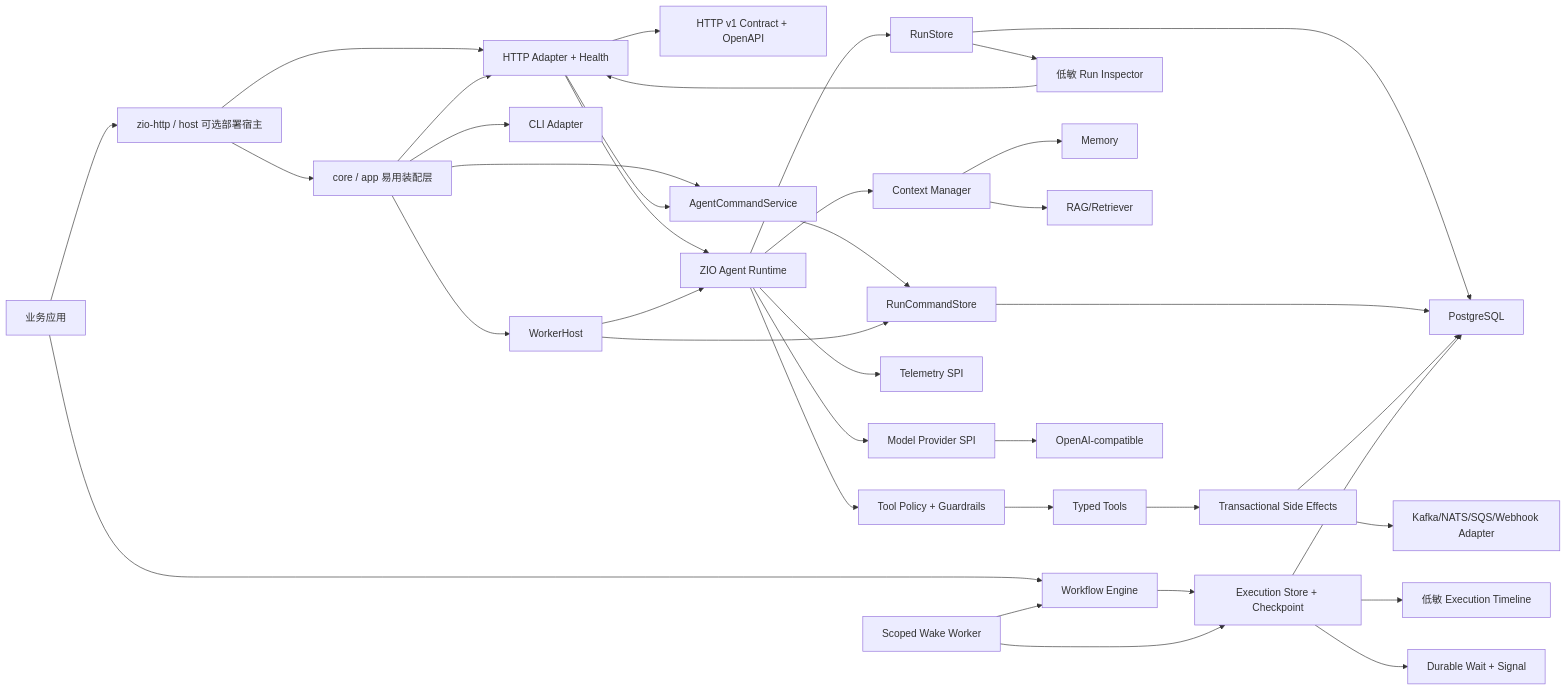
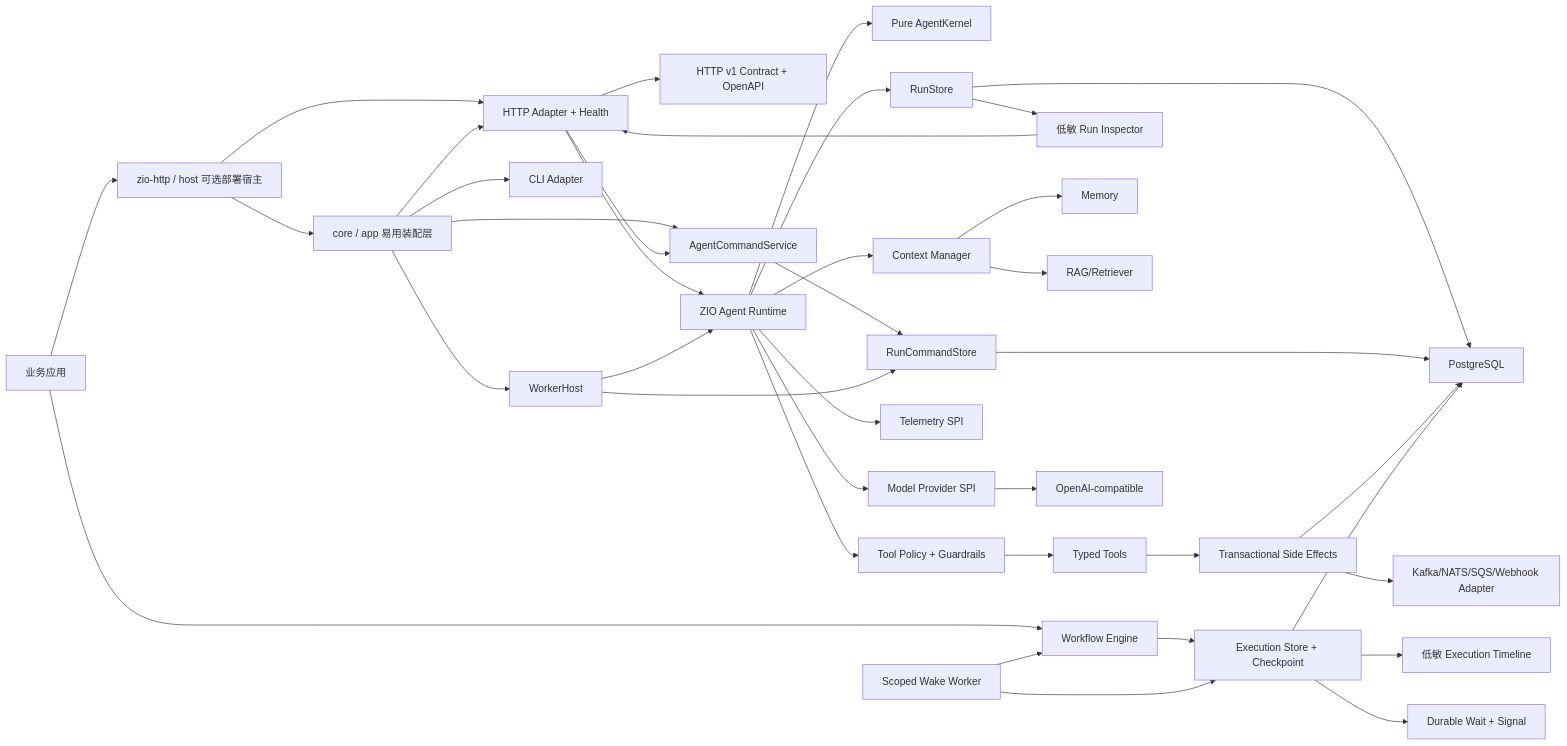
One commit to zyblw/zyblw-agent changed the second of 3 diagrams in docs/architecture.md. Above: the diagram before and after it, drawn with Mermaid. The commit also changed other lines of this file and 207 other files, not shown here.

First line of the commit message:
feat: split the runtime into a pure kernel and land context authority

````diff
--- a/docs/architecture.md
+++ b/docs/architecture.md
@@ -85,39 +86,40 @@
 ```mermaid
 flowchart LR
   Business[业务应用] --> Host[zio-http / host 可选部署宿主]
   Business --> Workflow[Workflow Engine]
   Host --> App[core / app 易用装配层]
   Host --> HTTP[HTTP Adapter + Health]
   HTTP --> Contract[HTTP v1 Contract + OpenAPI]
   App --> CLI[CLI Adapter]
   App --> HTTP
   App --> Control[AgentCommandService]
   App --> Scheduler[WorkerHost]
   HTTP --> Control
   HTTP --> Runtime[ZIO Agent Runtime]
+  Runtime --> Kernel[Pure AgentKernel]
   Runtime --> Context[Context Manager]
   Runtime --> Provider[Model Provider SPI]
   Runtime --> Policy[Tool Policy + Guardrails]
   Runtime --> Store[RunStore]
   Store --> Inspector[低敏 Run Inspector]
   Inspector --> HTTP
   Runtime --> Telemetry[Telemetry SPI]
   Context --> Memory[Memory]
   Context --> RAG[RAG/Retriever]
   Policy --> Tools[Typed Tools]
   Tools --> Effects[Transactional Side Effects]
   Provider --> OpenAI[OpenAI-compatible]
   Store --> PostgreSQL[PostgreSQL]
   Control --> Queue[RunCommandStore]
   Scheduler --> Runtime
   Scheduler --> Queue
   Queue --> PostgreSQL
   Effects --> PostgreSQL
   Effects --> Transport[Kafka/NATS/SQS/Webhook Adapter]
   Workflow --> WorkflowStore[Execution Store + Checkpoint]
   WorkflowStore --> PostgreSQL
   WorkflowStore --> WorkflowTimeline[低敏 Execution Timeline]
   WorkflowStore --> WorkflowWait[Durable Wait + Signal]
   WorkflowWake[Scoped Wake Worker] --> WorkflowStore
   WorkflowWake --> Workflow
 ```
````
